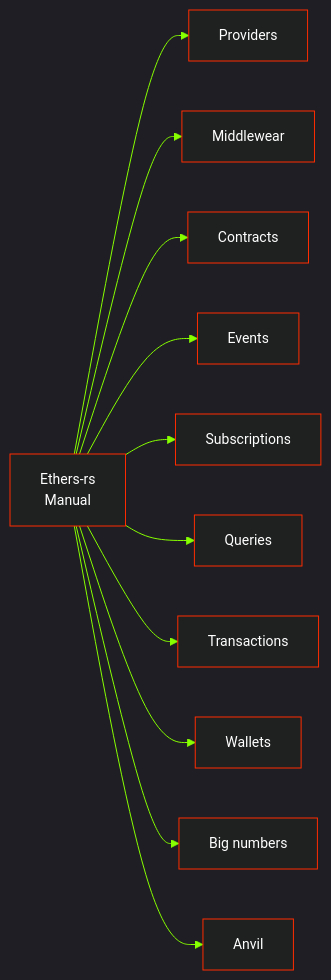
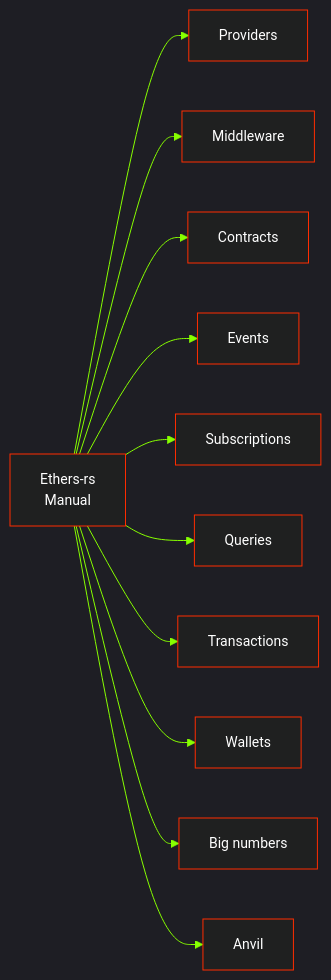
Before and after one commit to gakonst/ethers-rs: the diagram in book/getting-started/intro.md, drawn with Mermaid.

````diff
--- a/book/getting-started/intro.md
+++ b/book/getting-started/intro.md
@@ -16,20 +16,20 @@
 ```mermaid
 graph LR
   %% The code below is for styling the graph 
   %%-------------------------------------------------  
   %%{init: {'theme':'dark', 'themeVariables':{'textColor':' #ffffff ', 'nodeBorder':'#ff2d00', 'edgeLabelBackground':'#000000'  ,'lineColor':'#87ff00', 'fontSize':'14px', 'curve':'linear'}}}%%
 
   %%-------------------------------------------------
   %% Actual Diagram code is below
   
     A[Ethers-rs <br> Manual] --> A1[Providers]
-	A --> A2[Middlewear]
+	A --> A2[Middleware]
     A --> A3[Contracts]
     A --> A4[Events]
     A --> A5[Subscriptions]
     A --> A6[Queries]
     A --> A7[Transactions]
     A --> A8[Wallets]
     A --> A9[Big numbers]
     A --> A10[Anvil]
 ```
````
